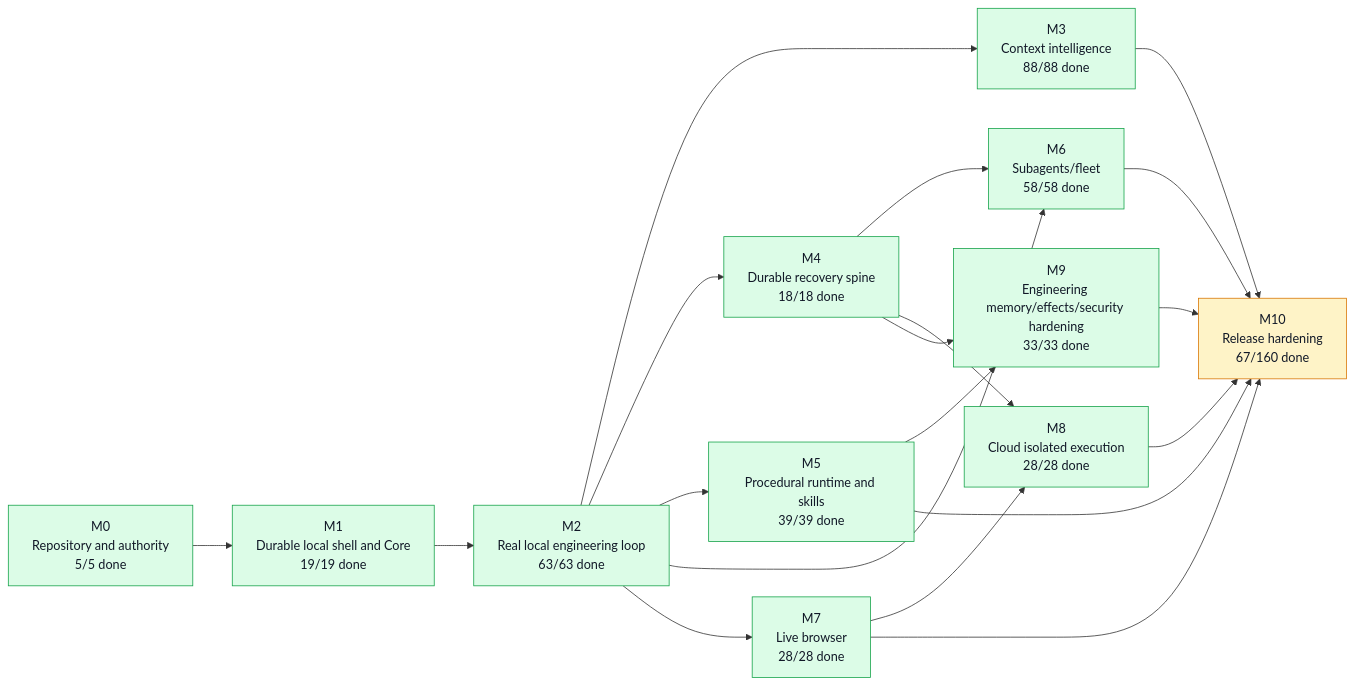
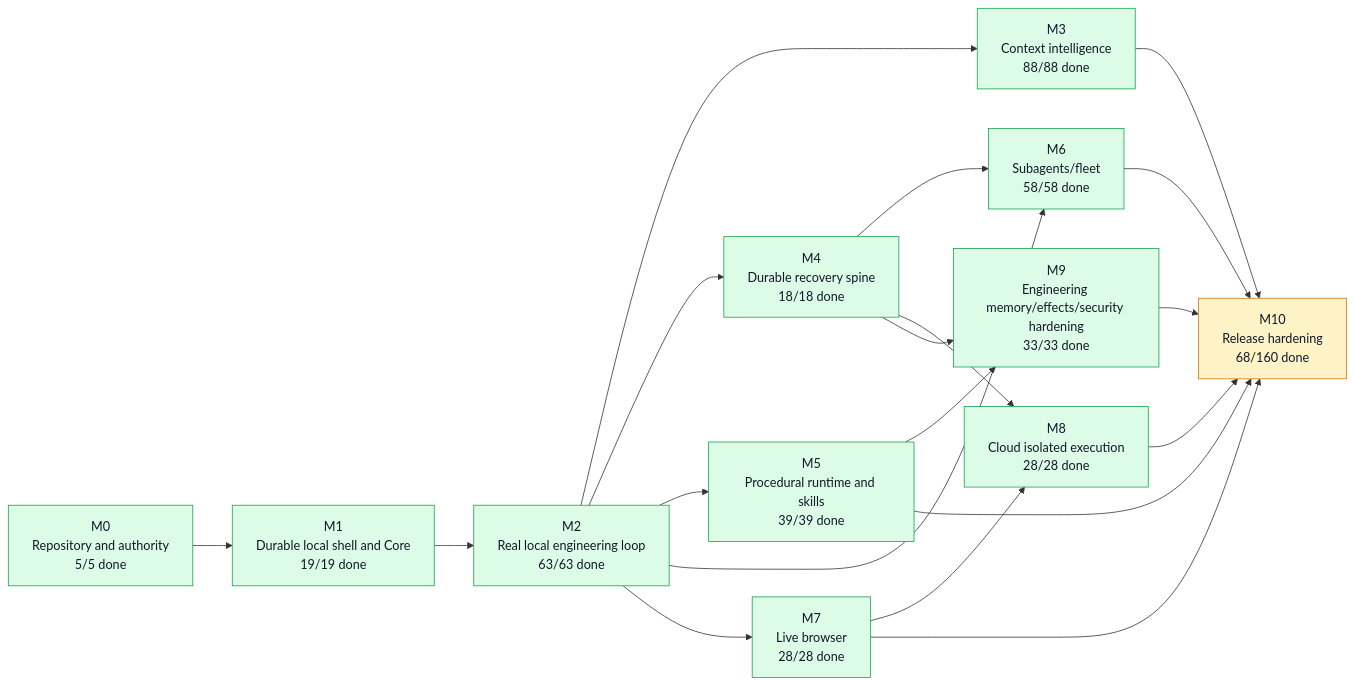
One commit to moss101/modbit changed the first of 5 diagrams in graph/PROJECT_GRAPH.md. Above: the diagram before and after it, drawn with Mermaid. The commit also changed other lines of this file and 5 other files, not shown here.

````diff
--- a/graph/PROJECT_GRAPH.md
+++ b/graph/PROJECT_GRAPH.md
@@ -57,43 +57,43 @@
 ```mermaid
 flowchart LR
   M0["M0<br/>Repository and authority<br/>5/5 done"]
   M1["M1<br/>Durable local shell and Core<br/>19/19 done"]
   M2["M2<br/>Real local engineering loop<br/>63/63 done"]
   M3["M3<br/>Context intelligence<br/>88/88 done"]
   M4["M4<br/>Durable recovery spine<br/>18/18 done"]
   M5["M5<br/>Procedural runtime and skills<br/>39/39 done"]
   M6["M6<br/>Subagents/fleet<br/>58/58 done"]
   M7["M7<br/>Live browser<br/>28/28 done"]
   M8["M8<br/>Cloud isolated execution<br/>28/28 done"]
   M9["M9<br/>Engineering memory/effects/security hardening<br/>33/33 done"]
-  M10["M10<br/>Release hardening<br/>67/160 done"]
+  M10["M10<br/>Release hardening<br/>68/160 done"]
   M0 --> M1
   M1 --> M2
   M2 --> M3
   M2 --> M4
   M2 --> M5
   M2 --> M6
   M4 --> M6
   M2 --> M7
   M4 --> M8
   M7 --> M8
   M4 --> M9
   M5 --> M9
   M3 --> M10
   M5 --> M10
   M6 --> M10
   M7 --> M10
   M8 --> M10
   M9 --> M10
   style M0 fill:#dcfce7,stroke:#16a34a,color:#111827
   style M1 fill:#dcfce7,stroke:#16a34a,color:#111827
   style M2 fill:#dcfce7,stroke:#16a34a,color:#111827
   style M3 fill:#dcfce7,stroke:#16a34a,color:#111827
   style M4 fill:#dcfce7,stroke:#16a34a,color:#111827
   style M5 fill:#dcfce7,stroke:#16a34a,color:#111827
   style M6 fill:#dcfce7,stroke:#16a34a,color:#111827
   style M7 fill:#dcfce7,stroke:#16a34a,color:#111827
   style M8 fill:#dcfce7,stroke:#16a34a,color:#111827
   style M9 fill:#dcfce7,stroke:#16a34a,color:#111827
   style M10 fill:#fef3c7,stroke:#d97706,color:#111827
 ```
````
